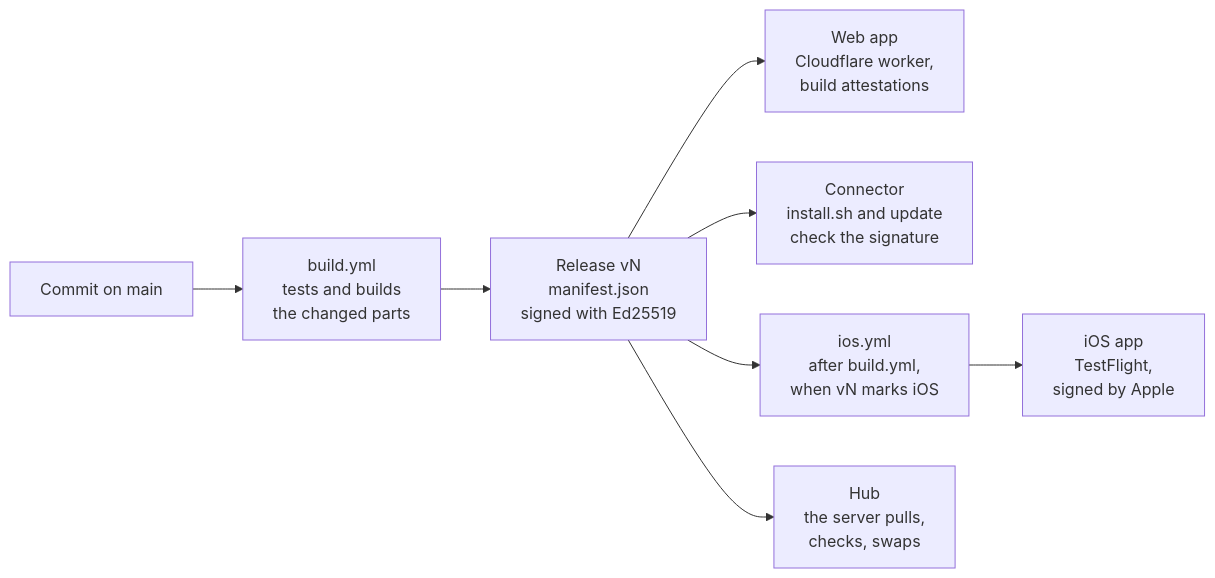
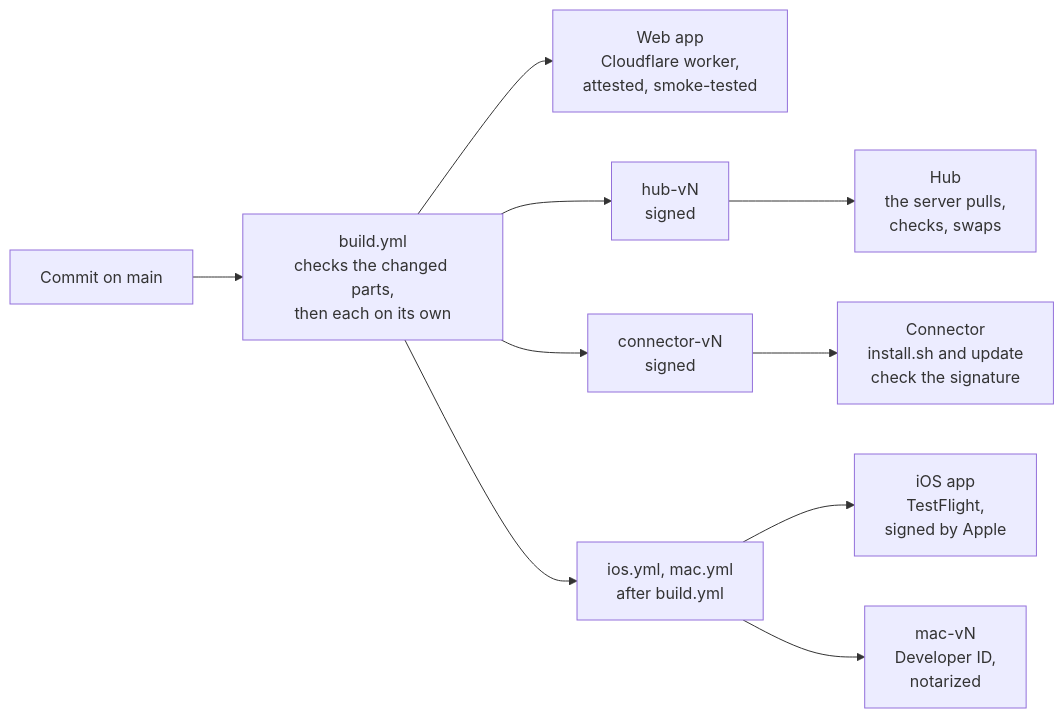
One commit to chriopter/trommi changed the fifth of 6 diagrams in README.md. Above: the diagram before and after it, drawn with Mermaid. The commit also changed other lines of this file and 8 other files, not shown here.

````diff
--- a/README.md
+++ b/README.md
@@ -241,10 +241,10 @@
 ```mermaid
 flowchart LR
-  commit["Commit on main"] --> build["build.yml<br/>tests and builds<br/>the changed parts"]
-  build --> rel["Release vN<br/>manifest.json<br/>signed with Ed25519"]
-  rel --> web["Web app<br/>Cloudflare worker,<br/>build attestations"]
-  rel --> conn["Connector<br/>install.sh and update<br/>check the signature"]
-  rel --> iosci["ios.yml<br/>after build.yml,<br/>when vN marks iOS"]
+  commit["Commit on main"] --> build["build.yml<br/>checks the changed parts,<br/>then each on its own"]
+  build --> web["Web app<br/>Cloudflare worker,<br/>attested, smoke-tested"]
+  build --> hubrel["hub-vN<br/>signed"] --> hub["Hub<br/>the server pulls,<br/>checks, swaps"]
+  build --> connrel["connector-vN<br/>signed"] --> conn["Connector<br/>install.sh and update<br/>check the signature"]
+  build --> iosci["ios.yml, mac.yml<br/>after build.yml"]
   iosci --> ios["iOS app<br/>TestFlight,<br/>signed by Apple"]
-  rel --> hub["Hub<br/>the server pulls,<br/>checks, swaps"]
+  iosci --> mac["mac-vN<br/>Developer ID,<br/>notarized"]
 ```
````
